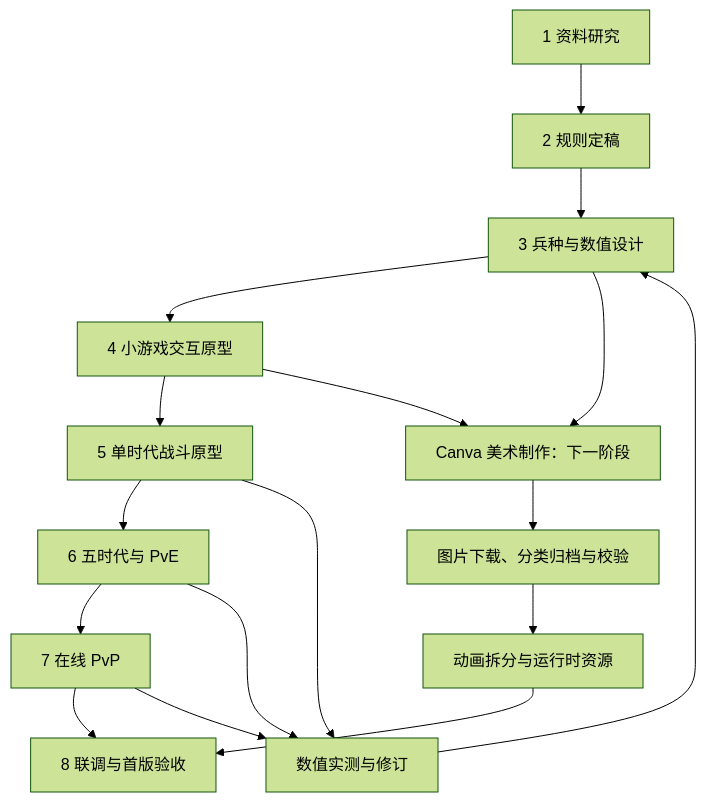
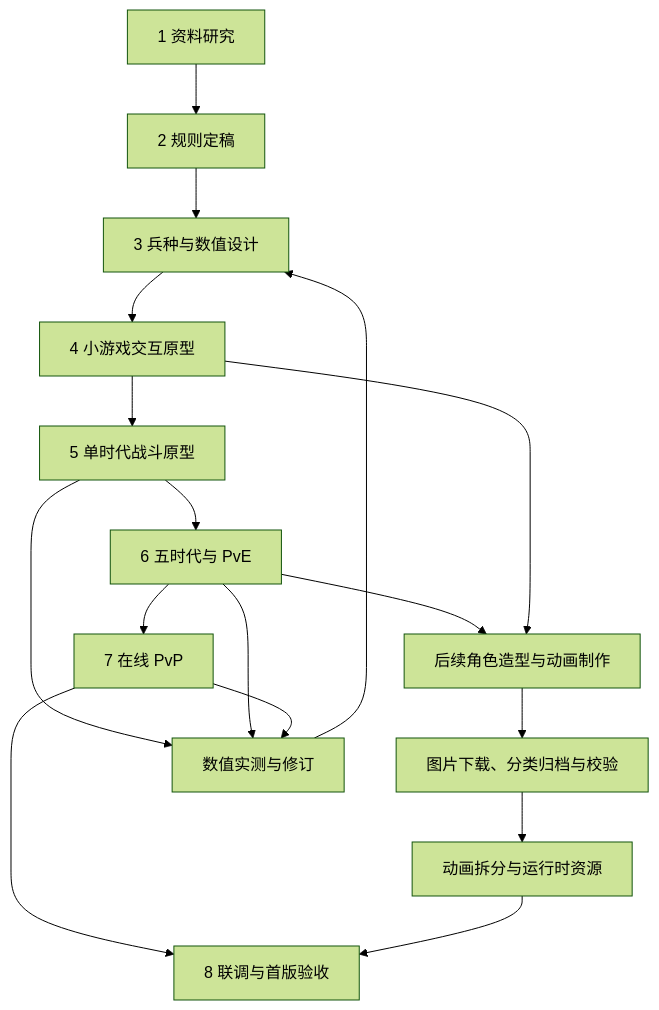
One commit to Arcticalm/The-development-of-war changed the diagram in introduction/design-process.md. Above: the diagram before and after it, drawn with Mermaid (forest theme). The commit also changed other lines of this file and 38 other files, not shown here.

````diff
--- a/introduction/design-process.md
+++ b/introduction/design-process.md
@@ -22,19 +22,19 @@
 ```mermaid
 flowchart TD
     A[1 资料研究] --> B[2 规则定稿]
     B --> C[3 兵种与数值设计]
     C --> D[4 小游戏交互原型]
     D --> E[5 单时代战斗原型]
     E --> F[6 五时代与 PvE]
     F --> G[7 在线 PvP]
     G --> H[8 联调与首版验收]
-    C --> I[Canva 美术制作：下一阶段]
+    F --> I[后续角色造型与动画制作]
     D --> I
     I --> J[图片下载、分类归档与校验]
     J --> K[动画拆分与运行时资源]
     K --> H
     E --> L[数值实测与修订]
     F --> L
     G --> L
     L --> C
 ```
````
